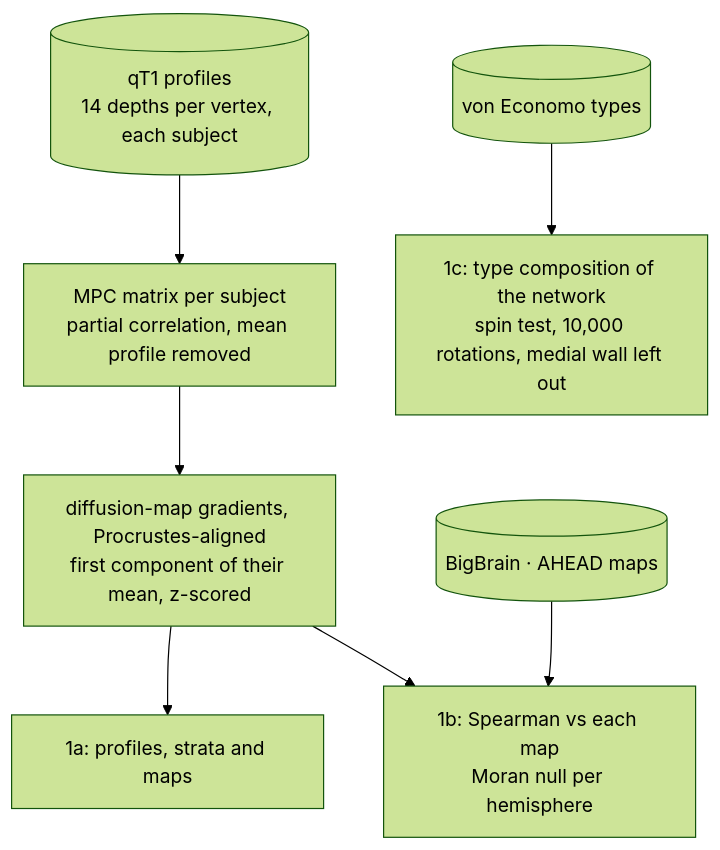
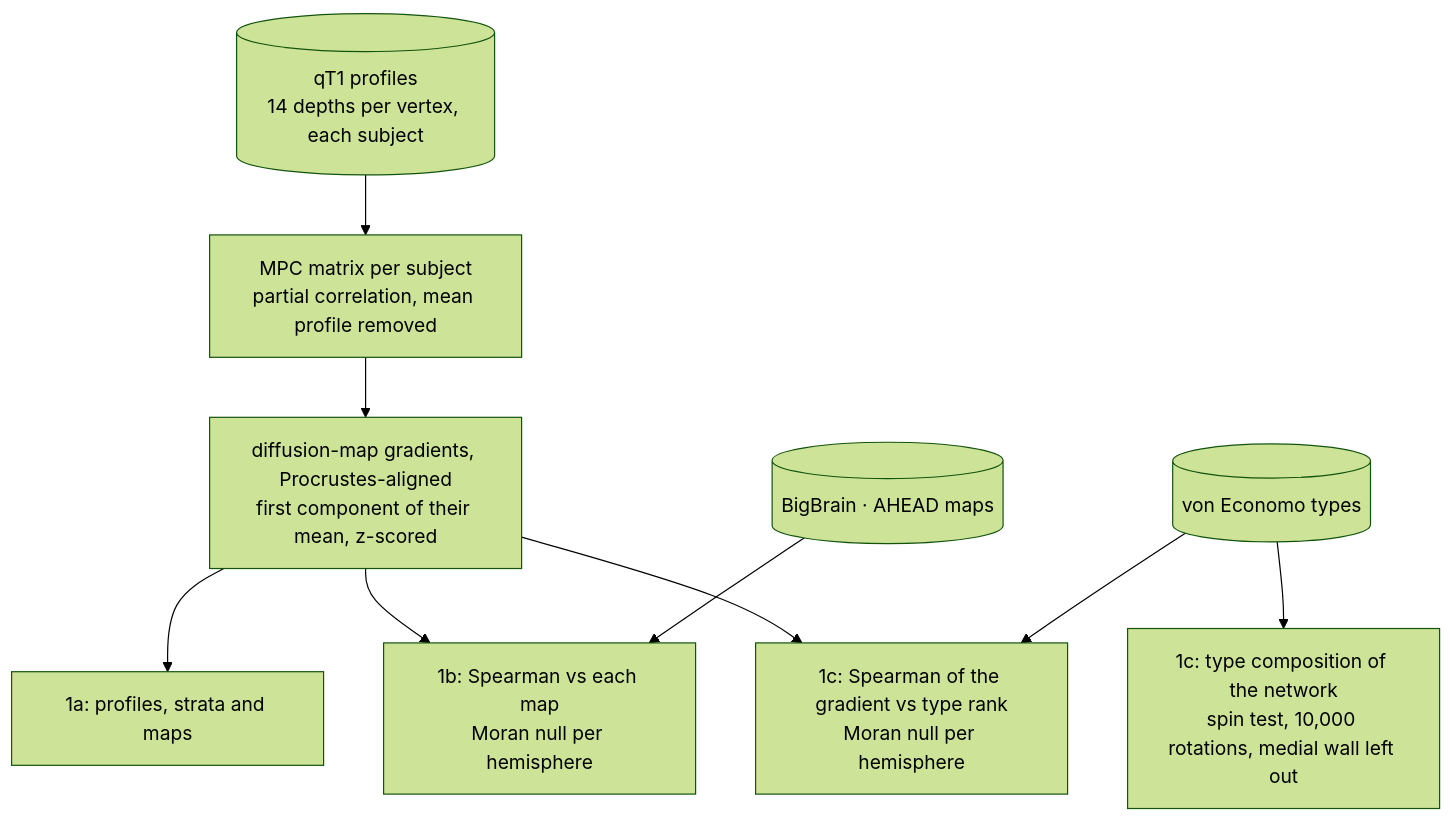
Before and after one commit to PaulBautin/salience-network-multiscale-switch: the fifth of 7 diagrams in docs/architecture.md, drawn with Mermaid (forest theme). The commit also changed other lines of this file and 8 other files, not shown here.

````diff
--- a/docs/architecture.md
+++ b/docs/architecture.md
@@ -153,16 +153,19 @@
 ```mermaid
 flowchart TD
     profiles[("qT1 profiles<br/>14 depths per vertex, each subject")]
     mpc["MPC matrix per subject<br/>partial correlation, mean profile removed"]
     gradient["diffusion-map gradients, Procrustes-aligned<br/>first component of their mean, z-scored"]
     panels1a["1a: profiles, strata and maps"]
     histology[("BigBrain · AHEAD maps")]
     test1b["1b: Spearman vs each map<br/>Moran null per hemisphere"]
     types[("von Economo types")]
     test1c["1c: type composition of the network<br/>spin test, 10,000 rotations, medial wall left out"]
+    test1cg["1c: Spearman of the gradient vs type rank<br/>Moran null per hemisphere"]
     profiles --> mpc --> gradient
     gradient --> panels1a
     gradient --> test1b
     histology --> test1b
     types --> test1c
+    gradient --> test1cg
+    types --> test1cg
 ```
````
